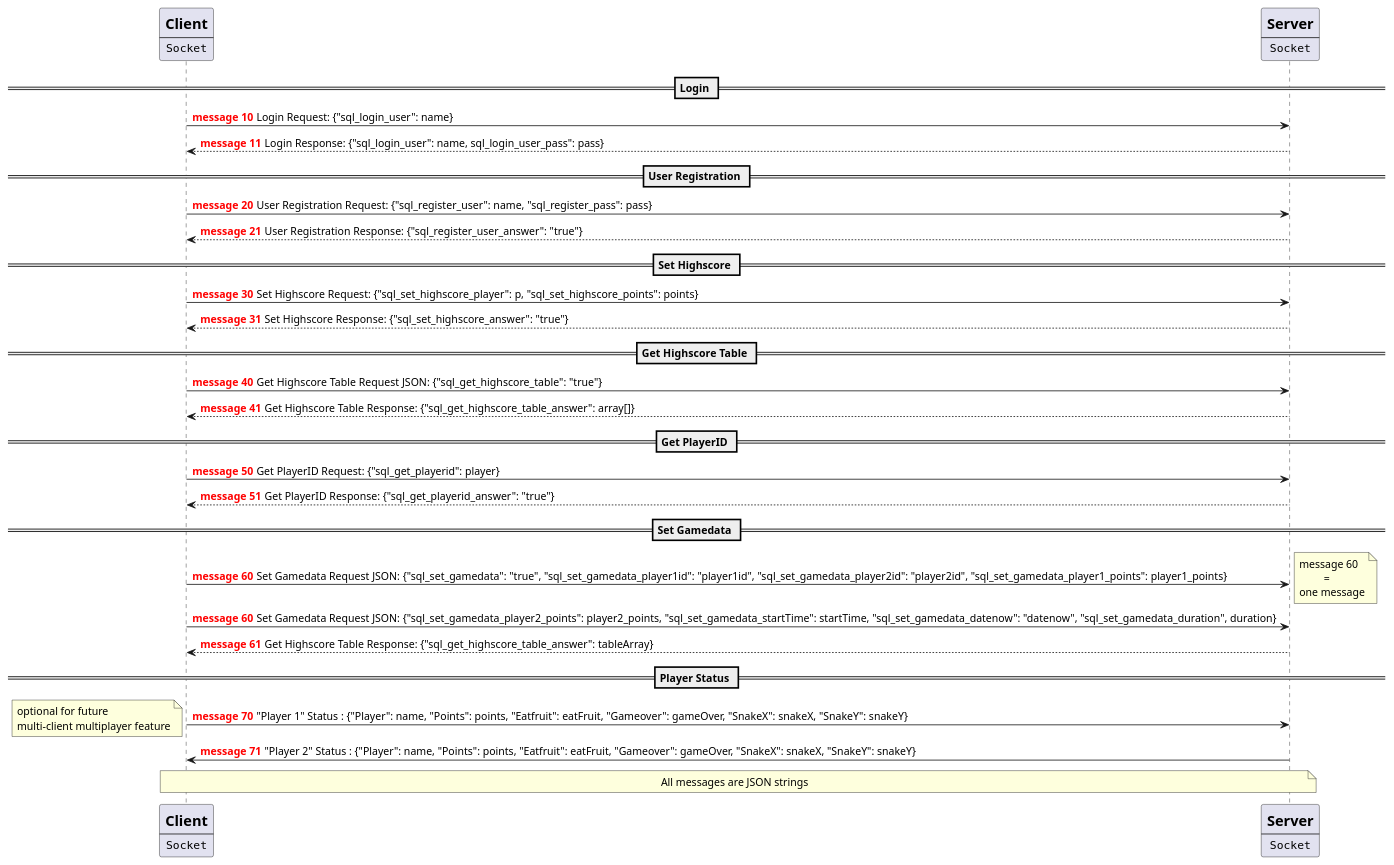
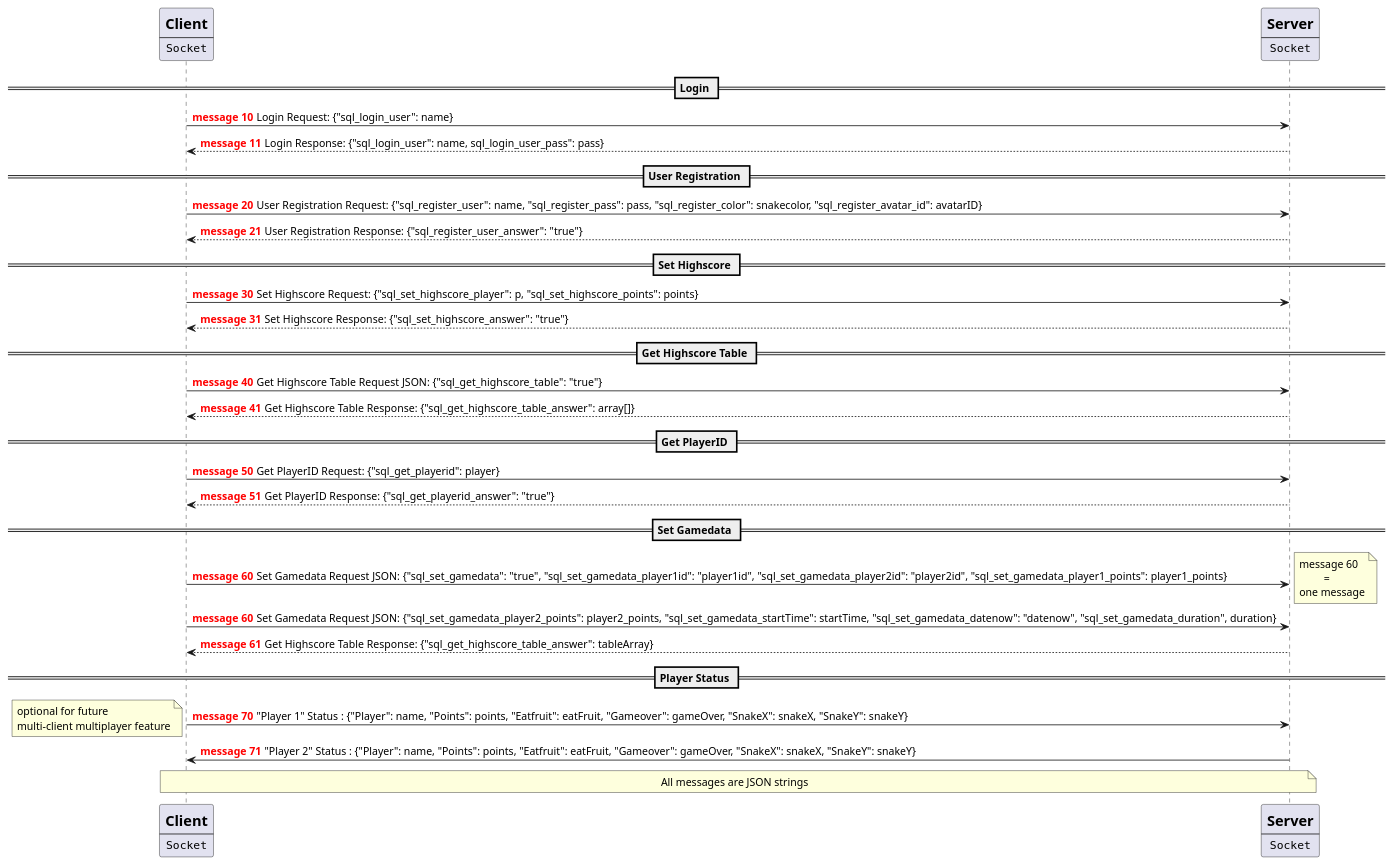
The diagram in plantUML/MultiplayerSnakeNetworkCommunication.puml (s74594/Multiplayer_Snake), drawn with PlantUML before and after one commit. The commit also changed 13 other files, not shown here.

```diff
--- a/plantUML/MultiplayerSnakeNetworkCommunication.puml
+++ b/plantUML/MultiplayerSnakeNetworkCommunication.puml
@@ -1,58 +1,58 @@
 @startuml
 'https://plantuml.com/sequence-diagram
 
 autonumber
 
 participant Client [
     =Client
     ----
     ""Socket""
     ]
 participant Server [
         =Server
         ----
         ""Socket""
         ]
 
 == Login ==
 autonumber 10 "<font color=red><b>message "
 Client -> Server: Login Request: {"sql_login_user": name}
 Client <-- Server: Login Response: {"sql_login_user": name, sql_login_user_pass": pass}
 == User Registration ==
 autonumber 20 "<font color=red><b>message "
-Client -> Server: User Registration Request: {"sql_register_user": name, "sql_register_pass": pass}
+Client -> Server: User Registration Request: {"sql_register_user": name, "sql_register_pass": pass, "sql_register_color": snakecolor, "sql_register_avatar_id": avatarID}
 Client <-- Server: User Registration Response: {"sql_register_user_answer": "true"}
 == Set Highscore ==
 autonumber 30 "<font color=red><b>message "
 Client -> Server: Set Highscore Request: {"sql_set_highscore_player": p, "sql_set_highscore_points": points}
 Client <-- Server: Set Highscore Response: {"sql_set_highscore_answer": "true"}
 == Get Highscore Table ==
 autonumber 40 "<font color=red><b>message "
 Client -> Server: Get Highscore Table Request JSON: {"sql_get_highscore_table": "true"}
 Client <-- Server: Get Highscore Table Response: {"sql_get_highscore_table_answer": array[]}
 == Get PlayerID ==
 autonumber 50 "<font color=red><b>message "
 Client -> Server: Get PlayerID Request: {"sql_get_playerid": player}
 Client <-- Server: Get PlayerID Response: {"sql_get_playerid_answer": "true"}
 == Set Gamedata ==
 autonumber 60 "<font color=red><b>message "
 Client -> Server: Set Gamedata Request JSON: {"sql_set_gamedata": "true", "sql_set_gamedata_player1id": "player1id", "sql_set_gamedata_player2id": "player2id", "sql_set_gamedata_player1_points": player1_points}
 note right
 message 60
          =
 one message
 end note
 autonumber 60 "<font color=red><b>message "
 Client -> Server: Set Gamedata Request JSON: {"sql_set_gamedata_player2_points": player2_points, "sql_set_gamedata_startTime": startTime, "sql_set_gamedata_datenow": "datenow", "sql_set_gamedata_duration", duration}
 Client <-- Server: Get Highscore Table Response: {"sql_get_highscore_table_answer": tableArray}
 
 == Player Status ==
 autonumber 70 "<font color=red><b>message "
 Client -> Server: "Player 1" Status : {"Player": name, "Points": points, "Eatfruit": eatFruit, "Gameover": gameOver, "SnakeX": snakeX, "SnakeY": snakeY}
 note left
 optional for future
 multi-client multiplayer feature
 end note
 Client <- Server: "Player 2" Status : {"Player": name, "Points": points, "Eatfruit": eatFruit, "Gameover": gameOver, "SnakeX": snakeX, "SnakeY": snakeY}
 note over Client, Server: All messages are JSON strings
 @enduml
```
